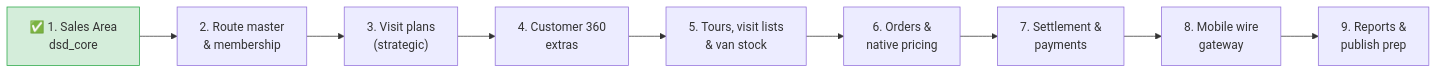
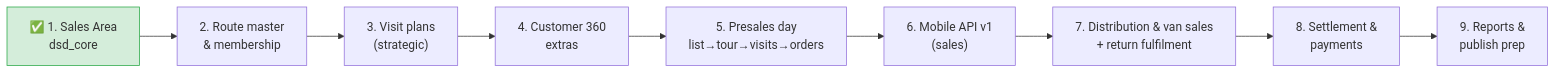
Before and after one commit to omidcsh/odoo-dsd: the second of 2 diagrams in docs/dsd-architecture.md, drawn with Mermaid. The commit also changed other lines of this file and 6 other files, not shown here.

Commit message:
docs: round-2 review fixes — roadmap renumbered (contradiction removed), multi-company policy, primary DB index, API server-side scoping, return marked interim, geo_precision defined, audit events enumerated

````diff
--- a/docs/dsd-architecture.md
+++ b/docs/dsd-architecture.md
@@ -43,14 +43,14 @@
 ```mermaid
 flowchart LR
     S1["✅ 1. Sales Area<br/>dsd_core"]
     S2["2. Route master<br/>& membership"]
     S3["3. Visit plans<br/>(strategic)"]
     S4["4. Customer 360<br/>extras"]
-    S5["5. Tours, visit lists<br/>& van stock"]
-    S6["6. Orders &<br/>native pricing"]
-    S7["7. Settlement &<br/>payments"]
-    S8["8. Mobile wire<br/>gateway"]
+    S5["5. Presales day<br/>list→tour→visits→orders"]
+    S6["6. Mobile API v1<br/>(sales)"]
+    S7["7. Distribution & van sales<br/>+ return fulfilment"]
+    S8["8. Settlement &<br/>payments"]
     S9["9. Reports &<br/>publish prep"]
     S1 --> S2 --> S3 --> S4 --> S5 --> S6 --> S7 --> S8 --> S9
     style S1 fill:#d4edda,stroke:#28a745
 ```
````
